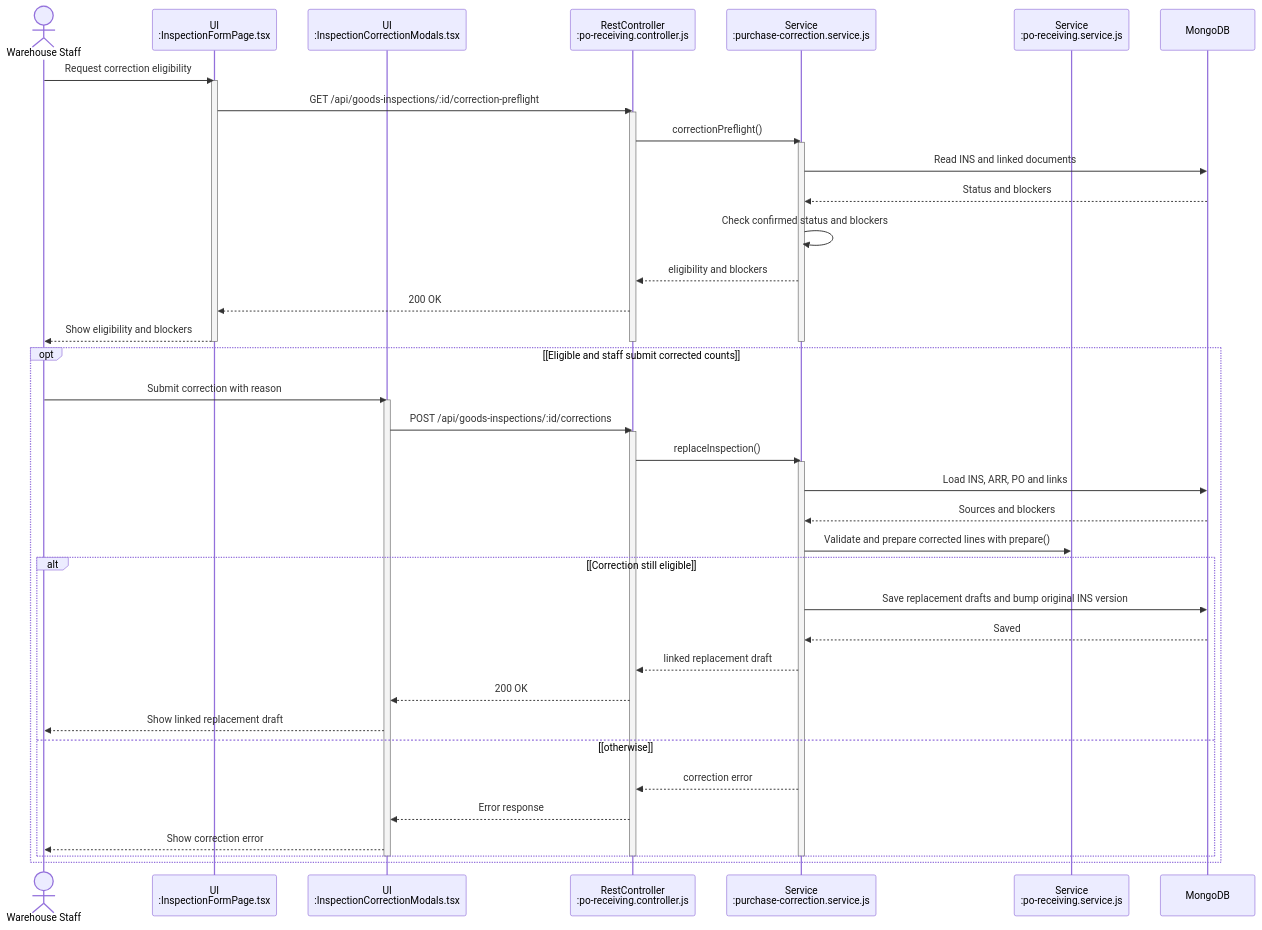
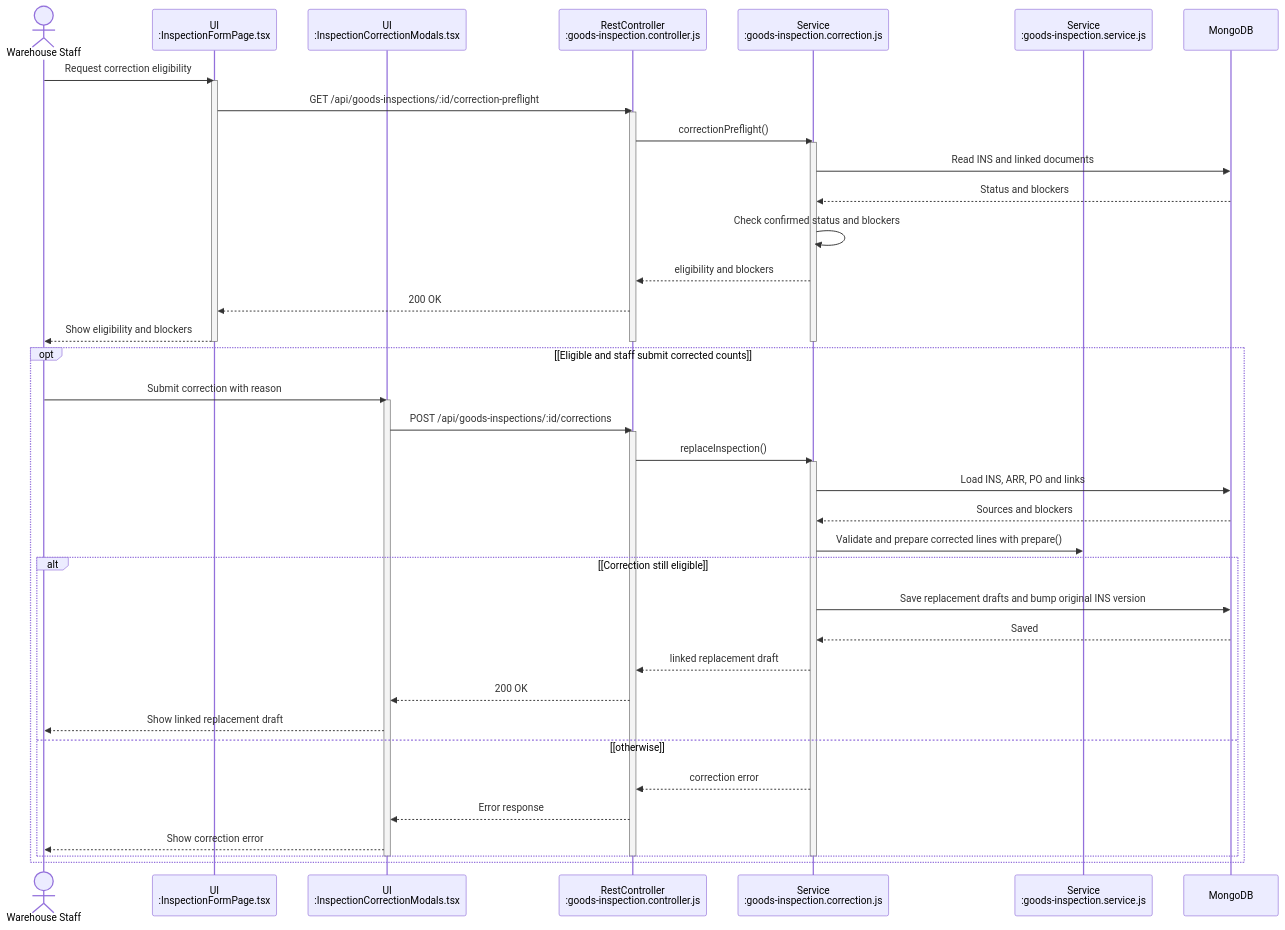
Before and after one commit to bupbalabup/wmsd_be: diagram 20 of 46 in git_doc/docs/01_bao_cao/WMSD_Report4_Draft.md, drawn with Mermaid. The commit also changed other lines of this file and 29 other files, not shown here.

````diff
--- a/git_doc/docs/01_bao_cao/WMSD_Report4_Draft.md
+++ b/git_doc/docs/01_bao_cao/WMSD_Report4_Draft.md
@@ -1373,50 +1370,50 @@
 ```mermaid
 sequenceDiagram
   actor X as Warehouse Staff
   participant U as UI<br/>:InspectionFormPage.tsx
   participant U2 as UI<br/>:InspectionCorrectionModals.tsx
-  participant A as RestController<br/>:po-receiving.controller.js
-  participant S as Service<br/>:purchase-correction.service.js
-  participant T as Service<br/>:po-receiving.service.js
+  participant A as RestController<br/>:goods-inspection.controller.js
+  participant S as Service<br/>:goods-inspection.correction.js
+  participant T as Service<br/>:goods-inspection.service.js
   participant D as MongoDB
   X->>U: Request correction eligibility
   activate U
   U->>A: GET /api/goods-inspections/:id/correction-preflight
   activate A
   A->>S: correctionPreflight()
   activate S
   S->>D: Read INS and linked documents
   D-->>S: Status and blockers
   S->>S: Check confirmed status and blockers
   S-->>A: eligibility and blockers
   A-->>U: 200 OK
   U-->>X: Show eligibility and blockers
   deactivate S
   deactivate A
   deactivate U
   opt [Eligible and staff submit corrected counts]
     X->>U2: Submit correction with reason
     activate U2
     U2->>A: POST /api/goods-inspections/:id/corrections
     activate A
     A->>S: replaceInspection()
     activate S
     S->>D: Load INS, ARR, PO and links
     D-->>S: Sources and blockers
     S->>T: Validate and prepare corrected lines with prepare()
     alt [Correction still eligible]
       S->>D: Save replacement drafts and bump original INS version
       D-->>S: Saved
       S-->>A: linked replacement draft
       A-->>U2: 200 OK
       U2-->>X: Show linked replacement draft
     else [otherwise]
       S-->>A: correction error
       A-->>U2: Error response
       U2-->>X: Show correction error
     end
     deactivate S
     deactivate A
     deactivate U2
   end
 ```
````
